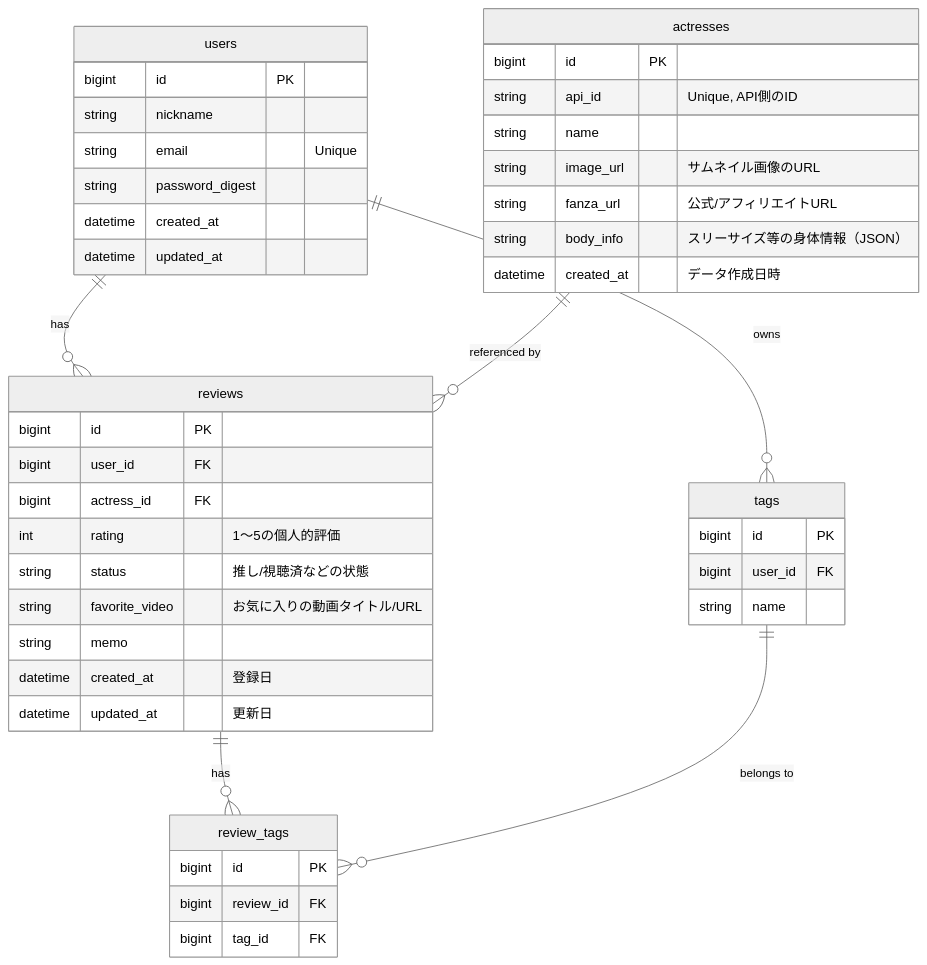
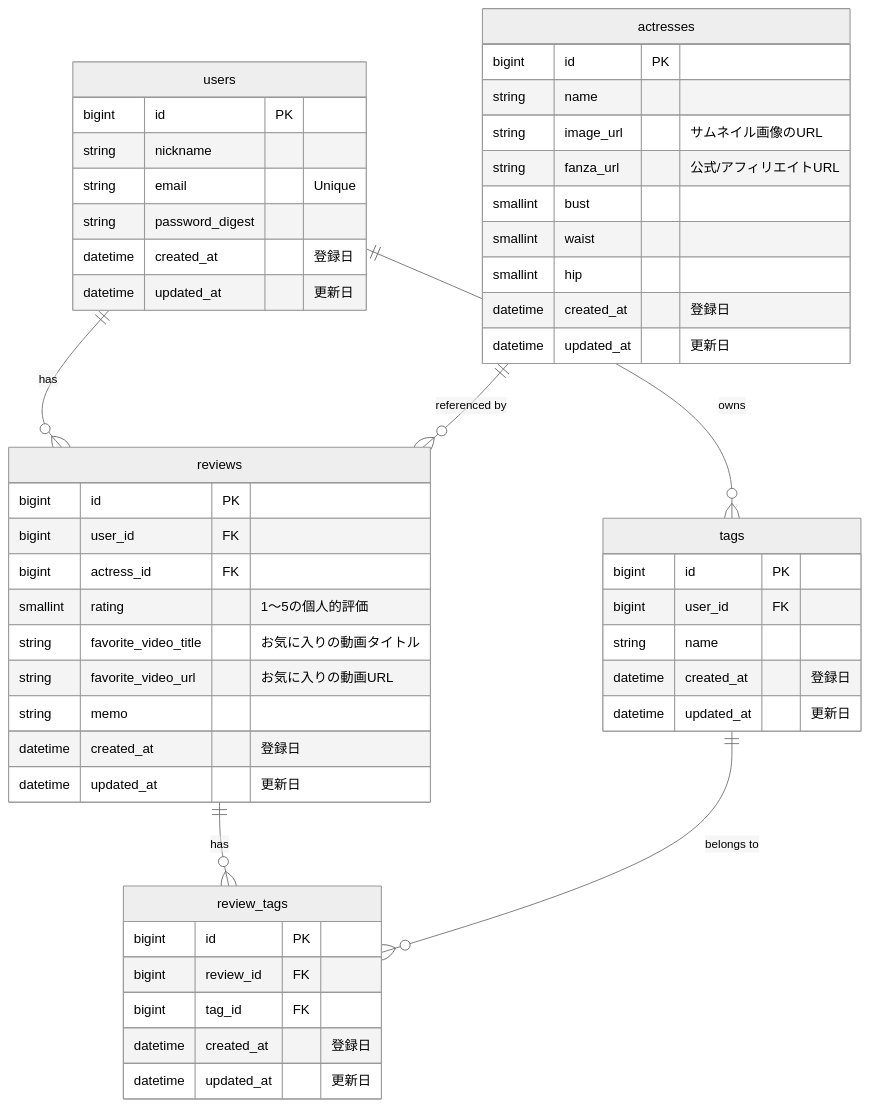
The second of 2 diagrams in README.md (akito-0520/MuseLog), drawn with Mermaid (neutral theme) before and after one commit. The commit also changed other lines of this file, not shown here.

Commit message:
docs: テーブルスキーマの変更

````diff
--- a/README.md
+++ b/README.md
@@ -116,51 +117,57 @@
 ```mermaid
 erDiagram
     users ||--o{ reviews : "has"
     actresses ||--o{ reviews : "referenced by"
     reviews ||--o{ review_tags : "has"
     tags ||--o{ review_tags : "belongs to"
     users ||--o{ tags : "owns"
 
     users {
         bigint id PK
         string nickname
         string email "Unique"
         string password_digest
-        datetime created_at
-        datetime updated_at
+        datetime created_at "登録日"
+        datetime updated_at "更新日"
     }
 
     actresses {
         bigint id  PK
-        string api_id "Unique, API側のID"
         string name
         string image_url "サムネイル画像のURL"
         string fanza_url "公式/アフィリエイトURL"
-        string body_info "スリーサイズ等の身体情報（JSON）"
-        datetime created_at "データ作成日時"
+        smallint bust
+        smallint waist
+        smallint hip
+        datetime created_at "登録日"
+        datetime updated_at "更新日"
     }
 
     reviews {
         bigint id PK
         bigint user_id FK
-        bigint actress_id	FK
-        int rating "1〜5の個人的評価"
-        string status "推し/視聴済などの状態"
-        string favorite_video	"お気に入りの動画タイトル/URL"
+        bigint actress_id FK
+        smallint rating "1〜5の個人的評価"
+        string favorite_video_title "お気に入りの動画タイトル"
+        string favorite_video_url "お気に入りの動画URL"
         string memo
-        datetime created_at	"登録日"
-        datetime updated_at	"更新日"
+        datetime created_at "登録日"
+        datetime updated_at "更新日"
     }
 
     tags {
         bigint id PK
         bigint user_id FK
         string name
+        datetime created_at "登録日"
+        datetime updated_at "更新日"
     }
 
     review_tags {
         bigint id PK
         bigint review_id FK
         bigint tag_id FK
+        datetime created_at "登録日"
+        datetime updated_at "更新日"
     }
 ```
````
